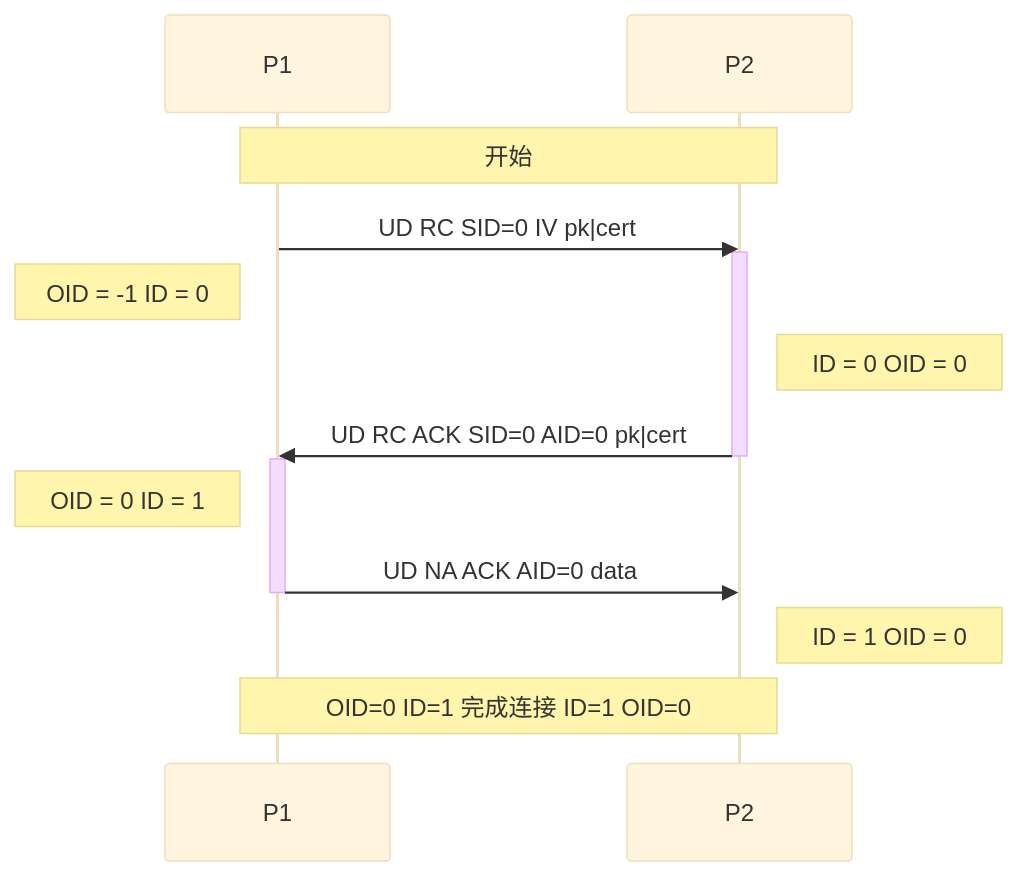
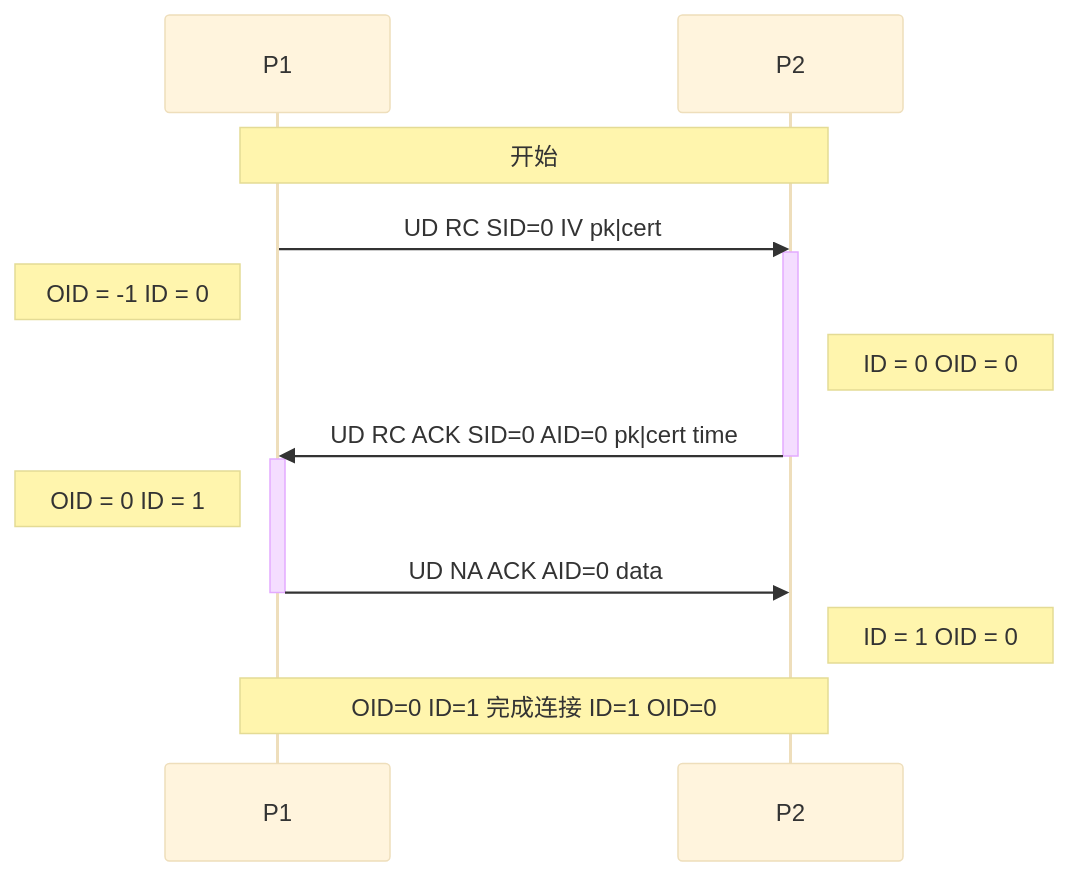
One commit to Zightch/CCPS changed the first of 2 diagrams in README.md. Above: the diagram before and after it, drawn with Mermaid (base theme). The commit also changed other lines of this file and 10 other files, not shown here.

````diff
--- a/README.md
+++ b/README.md
@@ -108,18 +118,18 @@
 ```mermaid
 sequenceDiagram
   participant P1
   participant P2
   Note over P1, P2: 开始
   P1 ->> P2: UD RC SID=0 IV pk|cert
   activate P2
   Note left of P1: OID = -1 ID = 0
   Note right of P2: ID = 0 OID = 0
-  P2 ->> P1: UD RC ACK SID=0 AID=0 pk|cert
+  P2 ->> P1: UD RC ACK SID=0 AID=0 pk|cert time
   deactivate P2
   activate P1
   Note left of P1: OID = 0 ID = 1
   P1 ->> P2: UD NA ACK AID=0 data
   deactivate P1
   Note right of P2: ID = 1 OID = 0
   Note over P1, P2: OID=0 ID=1 完成连接 ID=1 OID=0
 ```
````
